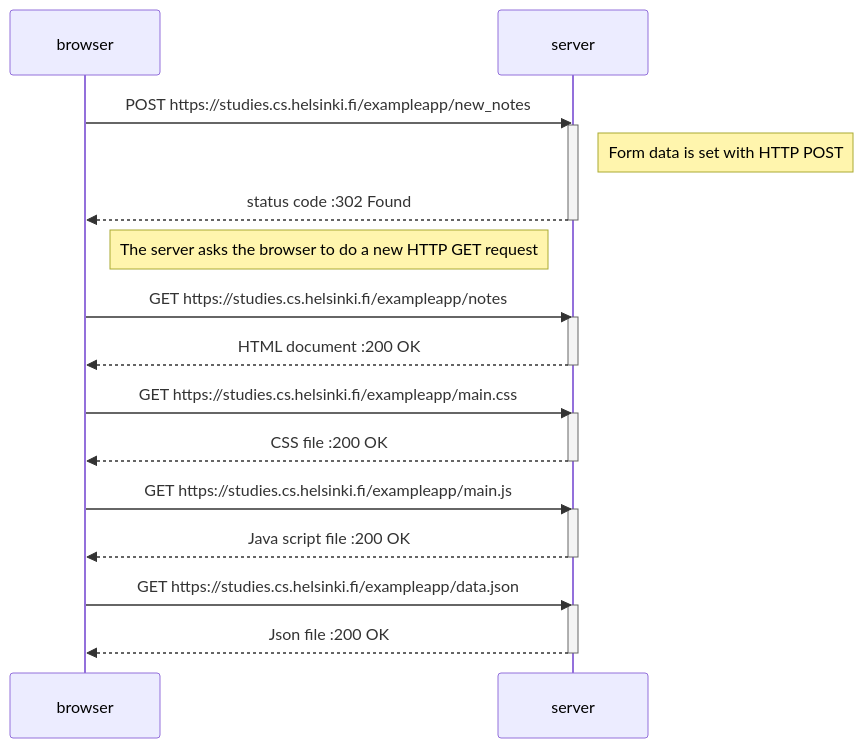
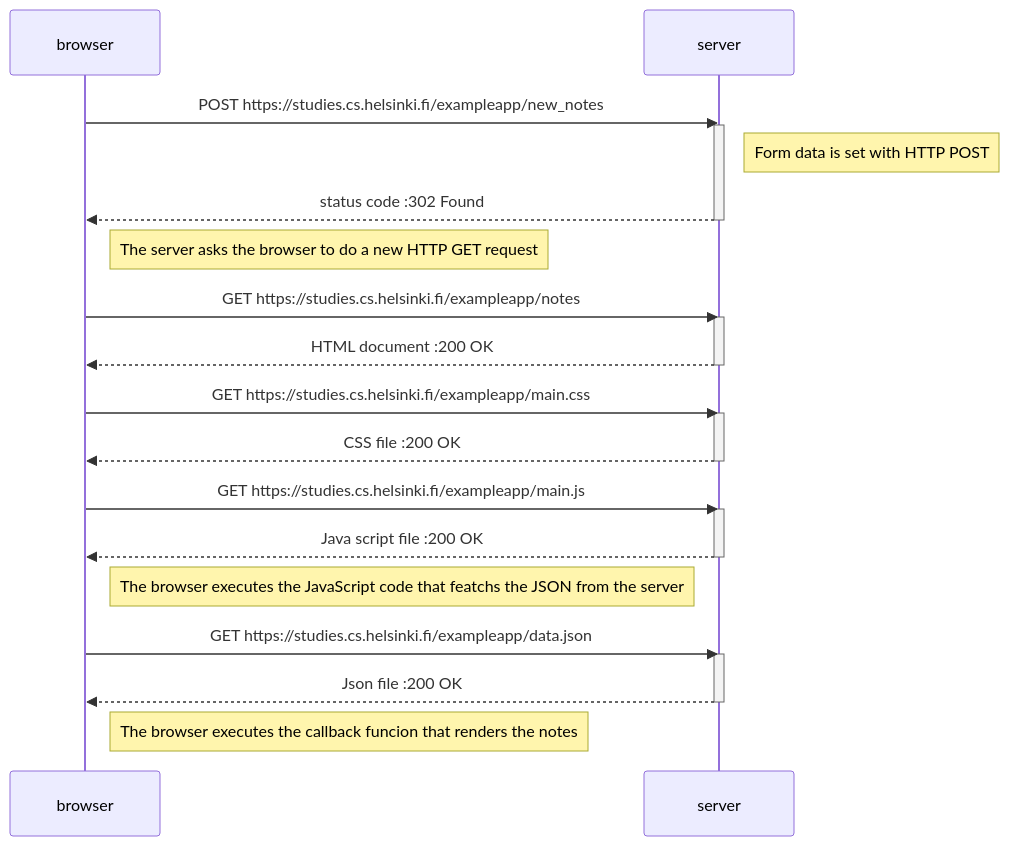
The diagram in 0.4.md (andersonkwok/git001), drawn with Mermaid before and after one commit.

````diff
--- a/0.4.md
+++ b/0.4.md
@@ -2,32 +2,33 @@
 ```mermaid
 sequenceDiagram
     participant browser
     participant server
 
     browser->>server: POST https://studies.cs.helsinki.fi/exampleapp/new_notes
     activate server
     Note right of server: Form data is set with HTTP POST
     server-->>browser: status code :302 Found
     deactivate server
 
 Note right of browser:The server asks the browser to do a new HTTP GET request
     browser->>server: GET https://studies.cs.helsinki.fi/exampleapp/notes
     activate server
     server-->>browser: HTML document  :200 OK
     deactivate server
 
     browser->>server: GET https://studies.cs.helsinki.fi/exampleapp/main.css
     activate server
     server-->>browser: CSS file  :200 OK
     deactivate server
 
     browser->>server: GET https://studies.cs.helsinki.fi/exampleapp/main.js
     activate server
     server-->>browser: Java script file  :200 OK
     deactivate server
-
+    Note right of browser :The browser executes the JavaScript code that featchs the JSON from the server
     browser->>server: GET https://studies.cs.helsinki.fi/exampleapp/data.json
     activate server
     server-->>browser: Json file  :200 OK
     deactivate server
+    Note right of browser :The browser executes the callback funcion that renders the notes
 ```
````
